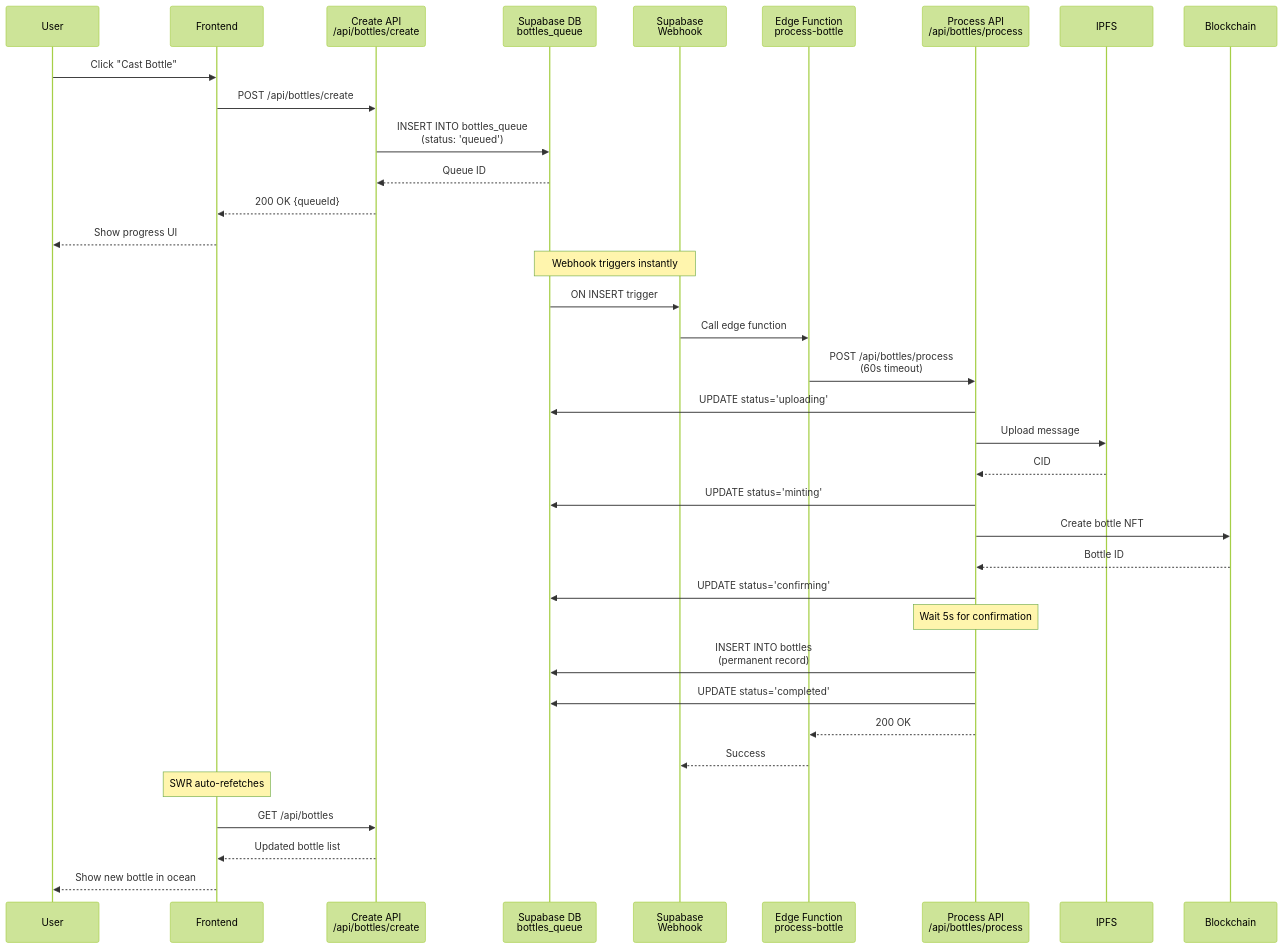
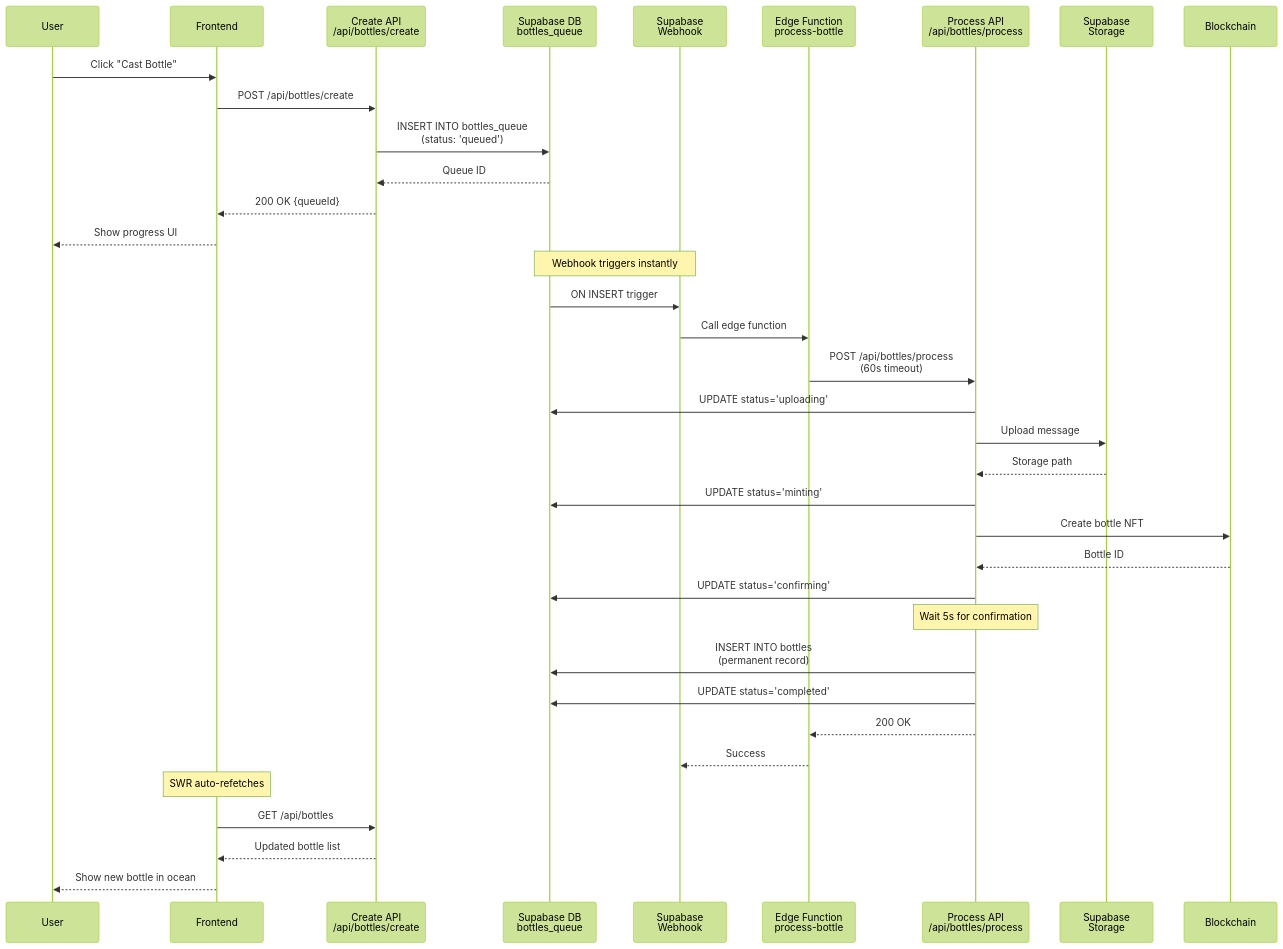
Before and after one commit to loscolmebrothers/forever-message-docs: the second of 2 diagrams in architecture/overview.md, drawn with Mermaid (forest theme). The commit also changed other lines of this file and 4 other files, not shown here.

Commit message:
docs: replace all IPFS/Filebase references with Supabase Storage

````diff
--- a/architecture/overview.md
+++ b/architecture/overview.md
@@ -286,46 +285,46 @@
 ```mermaid
 sequenceDiagram
     participant User
     participant Frontend
     participant API as Create API<br/>/api/bottles/create
     participant DB as Supabase DB<br/>bottles_queue
     participant Webhook as Supabase<br/>Webhook
     participant Edge as Edge Function<br/>process-bottle
     participant Process as Process API<br/>/api/bottles/process
-    participant IPFS
+    participant Storage as Supabase<br/>Storage
     participant Blockchain
 
     User->>Frontend: Click "Cast Bottle"
     Frontend->>API: POST /api/bottles/create
     API->>DB: INSERT INTO bottles_queue<br/>(status: 'queued')
     DB-->>API: Queue ID
     API-->>Frontend: 200 OK {queueId}
     Frontend-->>User: Show progress UI
 
     Note over DB,Webhook: Webhook triggers instantly
     DB->>Webhook: ON INSERT trigger
     Webhook->>Edge: Call edge function
     Edge->>Process: POST /api/bottles/process<br/>(60s timeout)
 
     Process->>DB: UPDATE status='uploading'
-    Process->>IPFS: Upload message
-    IPFS-->>Process: CID
+    Process->>Storage: Upload message
+    Storage-->>Process: Storage path
 
     Process->>DB: UPDATE status='minting'
     Process->>Blockchain: Create bottle NFT
     Blockchain-->>Process: Bottle ID
 
     Process->>DB: UPDATE status='confirming'
     Note over Process: Wait 5s for confirmation
 
     Process->>DB: INSERT INTO bottles<br/>(permanent record)
     Process->>DB: UPDATE status='completed'
 
     Process-->>Edge: 200 OK
     Edge-->>Webhook: Success
 
     Note over Frontend: SWR auto-refetches
     Frontend->>API: GET /api/bottles
     API-->>Frontend: Updated bottle list
     Frontend-->>User: Show new bottle in ocean
 ```
````
